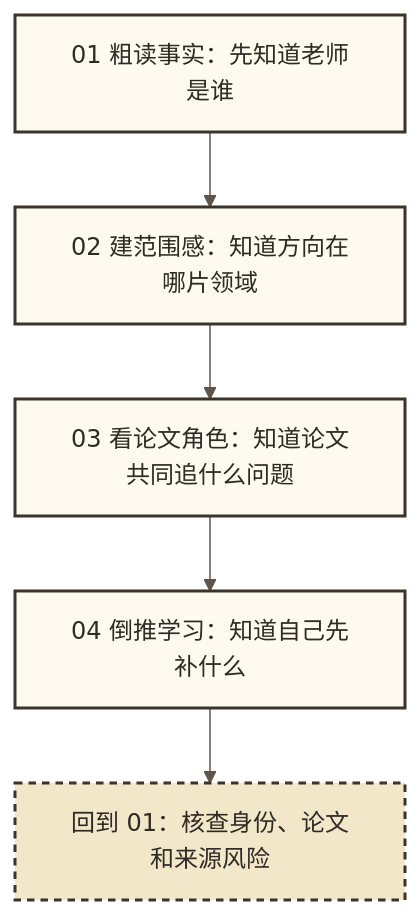
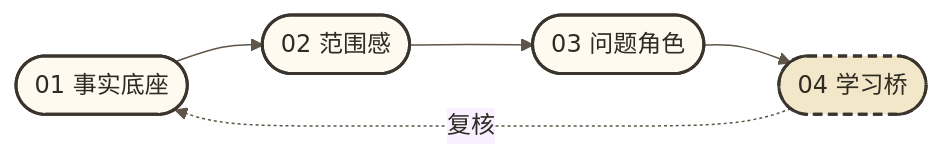
Before and after one commit to DXY-IOP-CAS/advisor-research-navigator: the diagram in quality-workbench/支撑方法/可视化与理解.md, drawn with Mermaid. The commit also changed other lines of this file, not shown here.

````diff
--- a/quality-workbench/支撑方法/可视化与理解.md
+++ b/quality-workbench/支撑方法/可视化与理解.md
@@ -156,12 +325,12 @@
 ```mermaid
 %%{init: {"theme":"base","themeVariables":{"background":"transparent","primaryColor":"#fffaf0","primaryTextColor":"#2f2a24","primaryBorderColor":"#3a342c","lineColor":"#5f5548","fontFamily":"Microsoft YaHei, Noto Sans CJK SC, sans-serif"}}}%%
-flowchart TB
-  A["01 粗读事实：先知道老师是谁"] --> B["02 建范围感：知道方向在哪片领域"]
-  B --> C["03 看论文角色：知道论文共同追什么问题"]
-  C --> D["04 倒推学习：知道自己先补什么"]
-  D --> E["回到 01：核查身份、论文和来源风险"]
+flowchart LR
+  A(["01 事实底座"]) --> B(["02 范围感"])
+  B --> C(["03 问题角色"])
+  C --> D(["04 学习桥"])
+  D -.复核.-> A
   classDef step fill:#fffaf0,stroke:#3a342c,stroke-width:2px,color:#2f2a24;
-  classDef check fill:#f2e7c9,stroke:#3a342c,stroke-width:2px,stroke-dasharray:5 4,color:#2f2a24;
-  class A,B,C,D step;
-  class E check;
+  classDef return fill:#f2e7c9,stroke:#3a342c,stroke-width:2px,stroke-dasharray:6 4,color:#2f2a24;
+  class A,B,C step;
+  class D return;
 ```
````
